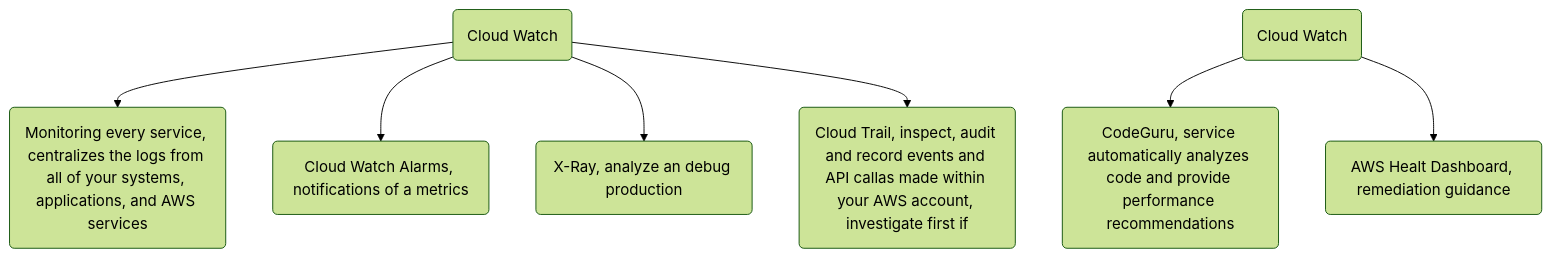
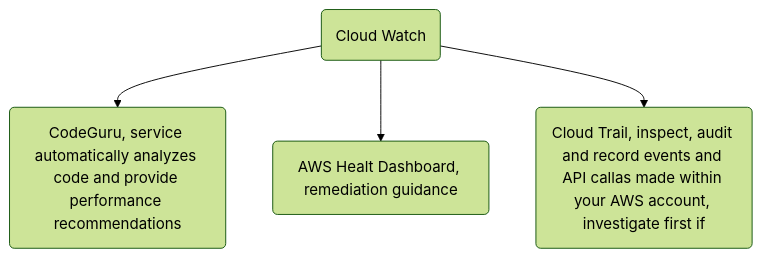
One commit to CarlosNaranjoMx/01_mkdocs changed the sixth of 6 diagrams in docs/certificaciones/aws.md. Above: the diagram before and after it, drawn with Mermaid (forest theme). The commit also changed other lines of this file and 3 other files, not shown here.

````diff
--- a/docs/certificaciones/aws.md
+++ b/docs/certificaciones/aws.md
@@ -32,9 +39,6 @@
 ```mermaid
 flowchart TD
-    G(Cloud Watch) --> H(Monitoring every service, centralizes the logs from all of your systems, applications, and AWS services)
-    G --> I(Cloud Watch Alarms, notifications of a metrics)
-    G --> J(X-Ray, analyze an debug production)
-    G --> K(Cloud Trail, inspect, audit and record events and API callas made within your AWS account, investigate first if )
     N(Cloud Watch) --> L(CodeGuru, service automatically analyzes code and provide performance recommendations)
     N --> M(AWS Healt Dashboard, remediation guidance)
+    N --> K(Cloud Trail, inspect, audit and record events and API callas made within your AWS account, investigate first if )
 ```
````
